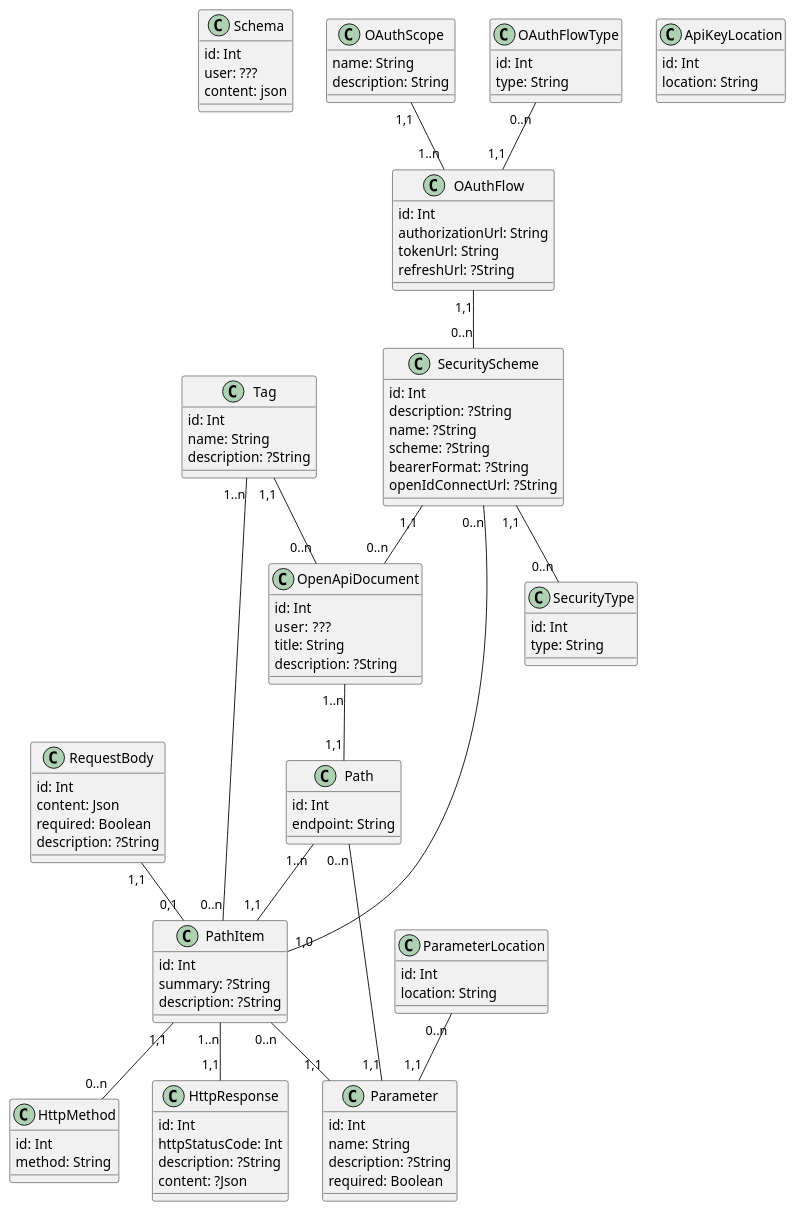
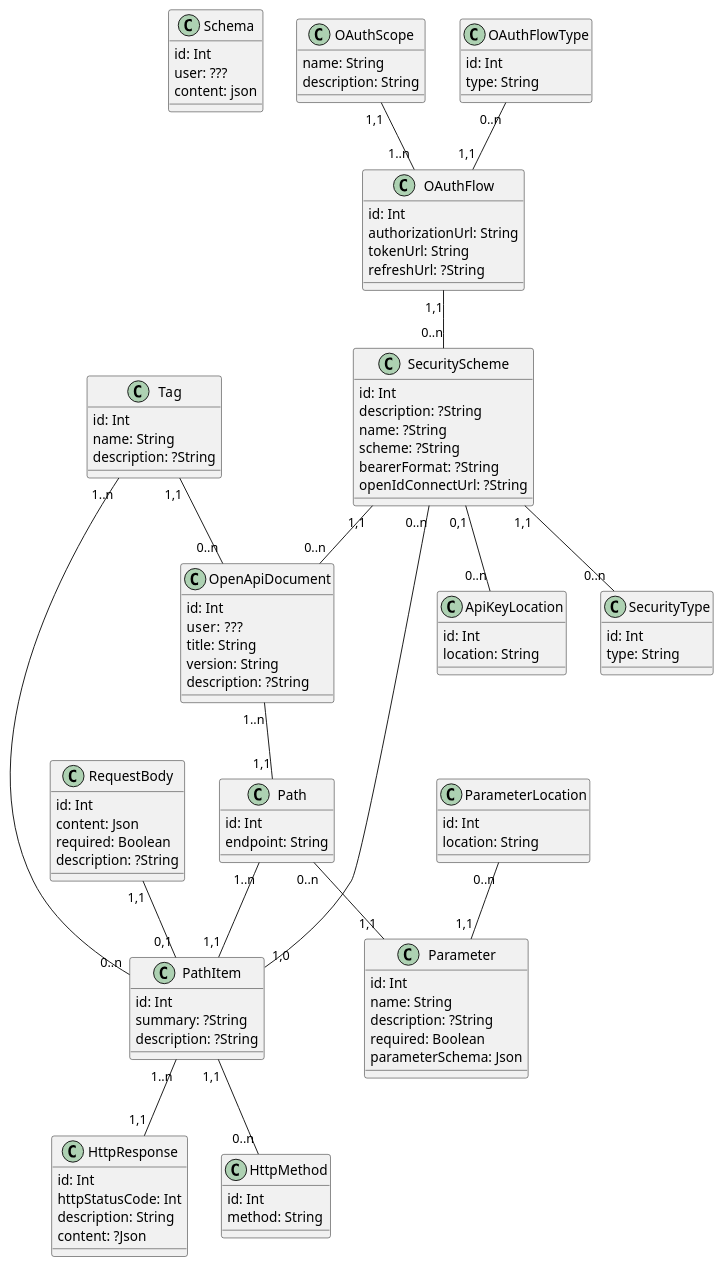
Before and after one commit to ReverseOpenapi/back: the diagram in documentation/entity-relationship-diagram.puml, drawn with PlantUML. The commit also changed 1 other file, not shown here.

Commit message:
:memo: Update entity relationship diagram

```diff
--- a/documentation/entity-relationship-diagram.puml
+++ b/documentation/entity-relationship-diagram.puml
@@ -1,138 +1,140 @@
 @startuml Reverse OpenAPI entity relationship diagram
 
 ' see https://plantuml.com/fr/ to generate a diagram from this file
 
 ' This model is satisfying 3NF (https://en.wikipedia.org/wiki/Database_normalization)
 
 ' Store schemas created by our modeling tool
 ' https://swagger.io/specification/#schema-object
 class Schema {
     {field} id: Int
     {field} user: ???
     {field} content: json
 }
 
 ' Root of the OpenAPI document created by the user
 ' https://swagger.io/specification/#openapi-object
 class OpenApiDocument {
     {field} id: Int
     {field} user:  ???
     {field} title: String
+    {field} version: String
     {field} description: ?String
 }
 
 ' https://swagger.io/specification/#paths-object
 class Path {
     {field} id: Int
     {field} endpoint: String
 }
 
 ' https://swagger.io/specification/#path-item-object and https://swagger.io/specification/#operation-object combined for simplification
 class PathItem {
     {field} id: Int
     {field} summary: ?String
     {field} description: ?String
 }
 
 ' https://swagger.io/specification/#security-scheme-object
 class SecurityScheme {
     {field} id: Int
     {field} description: ?String
     {field} name: ?String
     {field} scheme: ?String
     {field} bearerFormat: ?String
     {field} openIdConnectUrl: ?String
 }
 
 ' https://swagger.io/specification/#security-scheme-object -> see field "type"
 class SecurityType {
     {field} id: Int
     {field} type: String
 }
 
 ' https://swagger.io/specification/#security-scheme-object -> see field "in"
 class ApiKeyLocation {
     {field} id: Int
     {field} location: String
 }
 
 ' https://swagger.io/specification/#oauth-flows-object
 class OAuthFlow {
     {field} id: Int
     {field} authorizationUrl: String
     {field} tokenUrl: String
     {field} refreshUrl: ?String
 }
 
 ' https://swagger.io/specification/#oauth-flow-object -> see field "scopes"
 class OAuthScope {
     {field} name: String
     {field} description: String
 }
 
 ' https://swagger.io/specification/#oauth-flows-object -> all fields names are types
 class OAuthFlowType {
     {field} id: Int
     {field} type: String
 }
 
 ' https://swagger.io/specification/#tag-object
 class Tag {
     {field} id: Int
     {field} name: String
     {field} description: ?String
 }
 
 ' https://swagger.io/specification/#request-body-object
 class RequestBody {
     {field} id: Int
     {field} content: Json
     {field} required: Boolean
     {field} description: ?String
 }
 
 ' https://swagger.io/specification/#parameter-object
 class Parameter {
     {field} id: Int
     {field} name: String
     {field} description: ?String
     {field} required: Boolean
+    {field} parameterSchema: Json
 }
 
 ' https://swagger.io/specification/#parameter-object -> refers to "in" field name
 class ParameterLocation {
     {field} id: Int
     {field} location: String
 }
 
 ' https://swagger.io/specification/#response-object
 class HttpResponse {
     {field} id: Int
     {field} httpStatusCode: Int
-    {field} description: ?String
+    {field} description: String
     {field} content: ?Json
 }
 
 class HttpMethod {
     {field} id: Int
     {field} method: String
 }
 
 OpenApiDocument "1..n" -- "1,1" Path /' OpenApiDocument has one or many Path, Path has one OpenAPIDocument '/
 Path "0..n" -- "1,1" Parameter /' Path has zero or many Parameter, Parameter has one Path '/
-PathItem "0..n" -- "1,1" Parameter /' PathItem has zero or many Parameter, Parameter has one PathItem '/
 PathItem "1..n" -- "1,1" HttpResponse /' PathItem has one or many HttpResponse, HttpResponse has one Pathitem '/
 PathItem "1,1" -- "0..n" HttpMethod /' PathItem has one HttpMethod, HttpMethod has zero or many PathItem '/
 Path "1..n" -- "1,1" PathItem /' Path has zero or many PathItem, PathItem has one Path '/
 ParameterLocation "0..n" -- "1,1" Parameter /' ParameterLocation has zero or many Parameter, Parameter has one ParameterLocation '/
 RequestBody "1,1" -- "0,1" PathItem /' RequestBody has one PathItem, PathItem has zero or one PathItem '/
 Tag "1,1" -- "0..n" OpenApiDocument /' Tag has one OpenApiDocument, OpenApiDocument has zero or many Tag '/
 Tag "1..n" -- "0..n" PathItem /' Tag has one or many PathItem, PathItem has zero or many PathItem '/
 SecurityScheme "1,1" -- "0..n" OpenApiDocument /' SecurityScheme has one OpenApiDocument, OpenApiDocument has zero or many SecurityScheme '/
 OAuthFlow "1,1" -- "0..n" SecurityScheme /' OAuthFlow has one SecurityScheme, SecurityScheme has zero or many OAuthFlow '/
 OAuthFlowType "0..n" -- "1,1" OAuthFlow /' OAuthFlowType has zero or many OAuthFlow, OAuthFlow has one OAuthFlowType '/
 OAuthScope "1,1" -- "1..n" OAuthFlow /' OAuthScope has one OAuthFlow, OAuthFlow has one or many OAuthScope '/
 SecurityScheme "0..n" -- "1,0" PathItem /' SecurityScheme has zero or many PathItem, PathItem has one or zero SecurityScheme '/
-SecurityScheme "1,1" -- "0..n" SecurityType /' SecurityScheme has one SecurityType, SecurityType has zero or many SecurityType '/
+SecurityScheme "1,1" -- "0..n" SecurityType /' SecurityScheme has one SecurityType, SecurityType has zero or many SecurityScheme '/
+SecurityScheme "0,1" -- "0..n" ApiKeyLocation /' SecurityScheme has zero or one ApiKeyLocation, ApiKeyLocation has zero or many SecurityScheme '/
 
 @enduml
```
